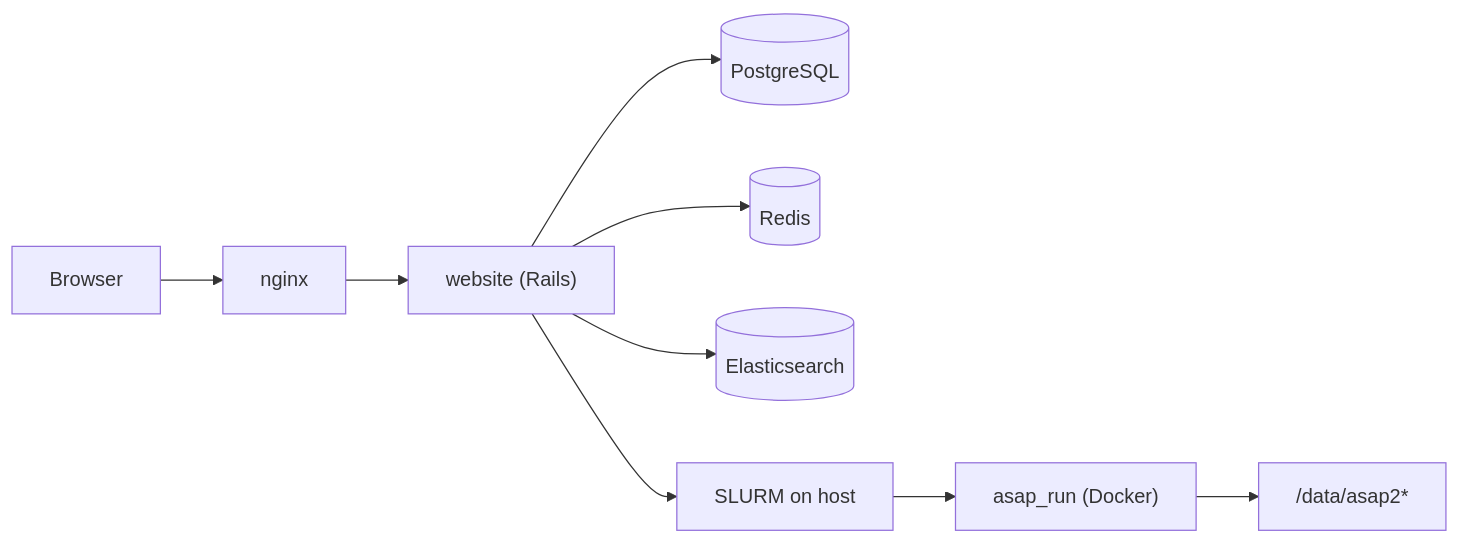
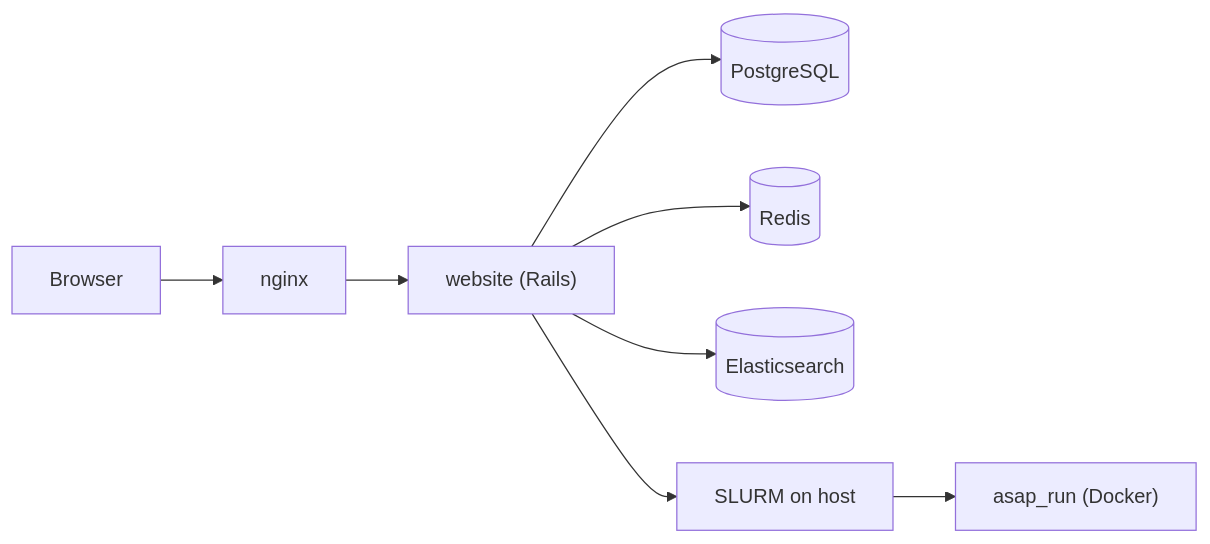
Before and after one commit to DeplanckeLab/asap_web: the diagram in Readme.md, drawn with Mermaid. The commit also changed other lines of this file, not shown here.

````diff
--- a/Readme.md
+++ b/Readme.md
@@ -43,11 +43,10 @@
 ```mermaid
 flowchart LR
   Browser --> nginx
   nginx --> website["website (Rails)"]
   website --> postgres[(PostgreSQL)]
   website --> redis[(Redis)]
   website --> elasticsearch[(Elasticsearch)]
   website --> slurm[SLURM on host]
   slurm --> asap_run["asap_run (Docker)"]
-  asap_run --> data["/data/asap2*"]
 ```
````
